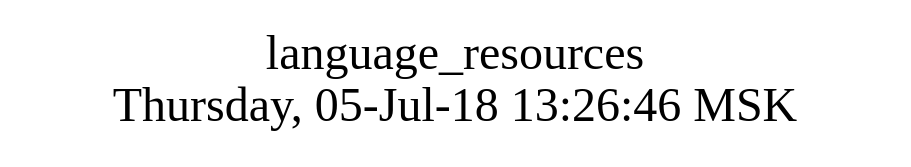
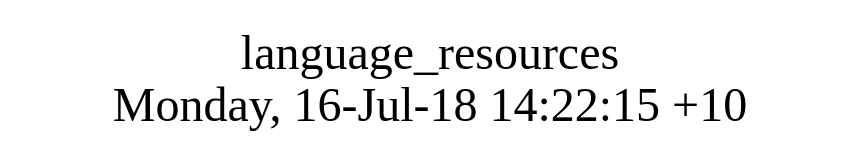
The diagram in src/basic/language_resources/struct.dot (AplaProject/apps), drawn with Graphviz before and after one commit. The commit also changed 16 other files, not shown here.

```diff
--- a/src/basic/language_resources/struct.dot
+++ b/src/basic/language_resources/struct.dot
@@ -1,10 +1,8 @@
 digraph G {
-graph [
-  fontsize="24";
-  label="language_resources\nThursday, 05-Jul-18 13:26:46 MSK";
-  nojustify=true;
-  ordering=out;
-  rankdir=LR;
-  size="30";
-];
+fontsize="24";
+label="language_resources\nMonday, 16-Jul-18 14:22:15 +10";
+nojustify=true;
+ordering=out;
+rankdir=LR;
+size="30";
 }
```
